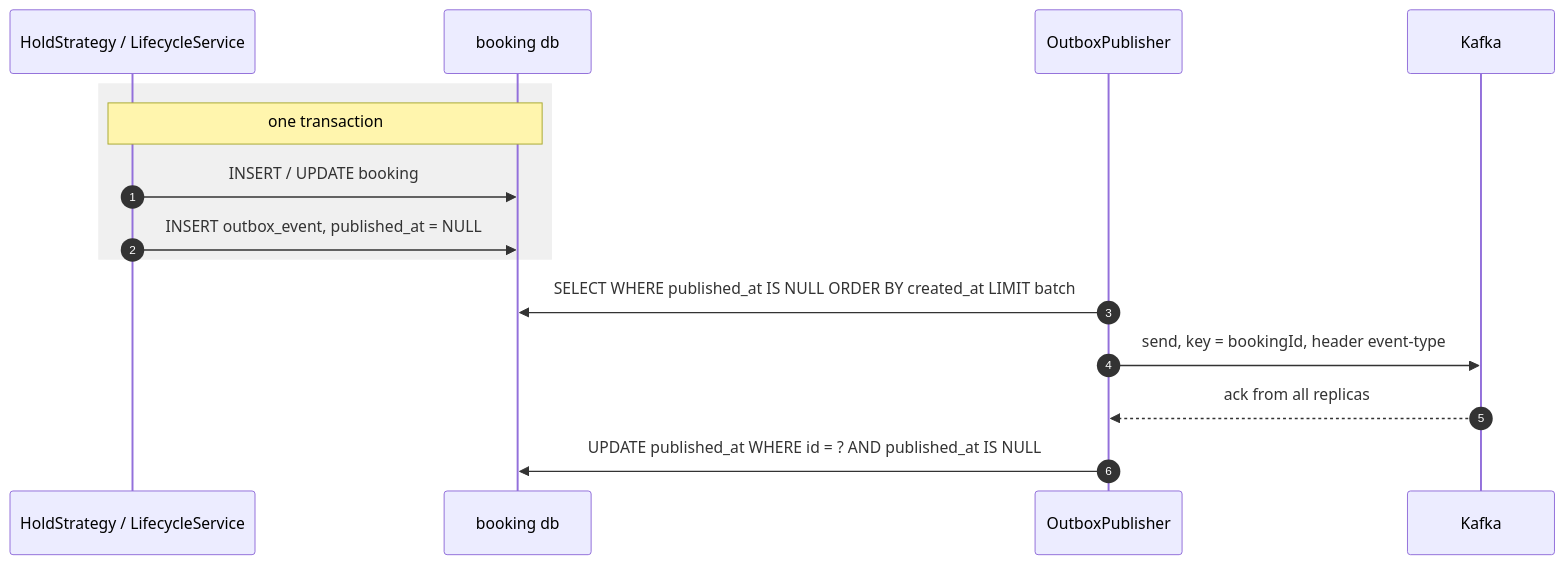
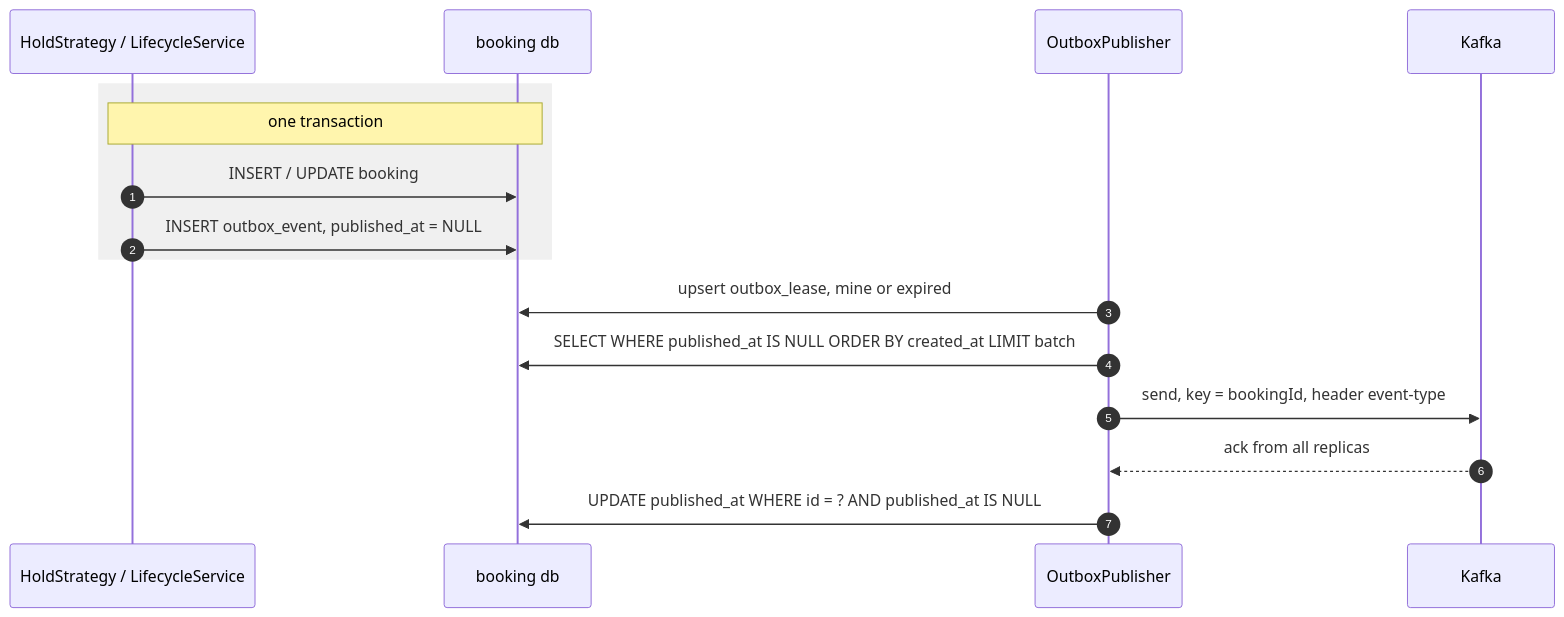
One commit to eagapov-dev/roomlock changed the diagram in docs/reliability.md. Above: the diagram before and after it, drawn with Mermaid. The commit also changed other lines of this file, not shown here.

First line of the commit message:
docs: bring reliability.md in line with the outbox lease and pruning

````diff
--- a/docs/reliability.md
+++ b/docs/reliability.md
@@ -76,18 +82,19 @@
 ```mermaid
 sequenceDiagram
   autonumber
   participant S as HoldStrategy / LifecycleService
   participant DB as booking db
   participant OP as OutboxPublisher
   participant K as Kafka
 
   rect rgb(240, 240, 240)
     Note over S,DB: one transaction
     S->>DB: INSERT / UPDATE booking
     S->>DB: INSERT outbox_event, published_at = NULL
   end
+  OP->>DB: upsert outbox_lease, mine or expired
   OP->>DB: SELECT WHERE published_at IS NULL ORDER BY created_at LIMIT batch
   OP->>K: send, key = bookingId, header event-type
   K-->>OP: ack from all replicas
   OP->>DB: UPDATE published_at WHERE id = ? AND published_at IS NULL
 ```
````
